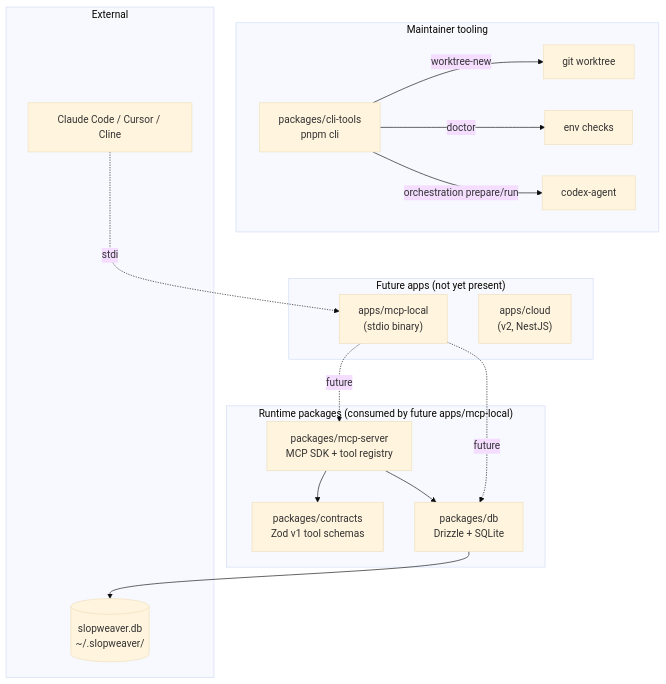
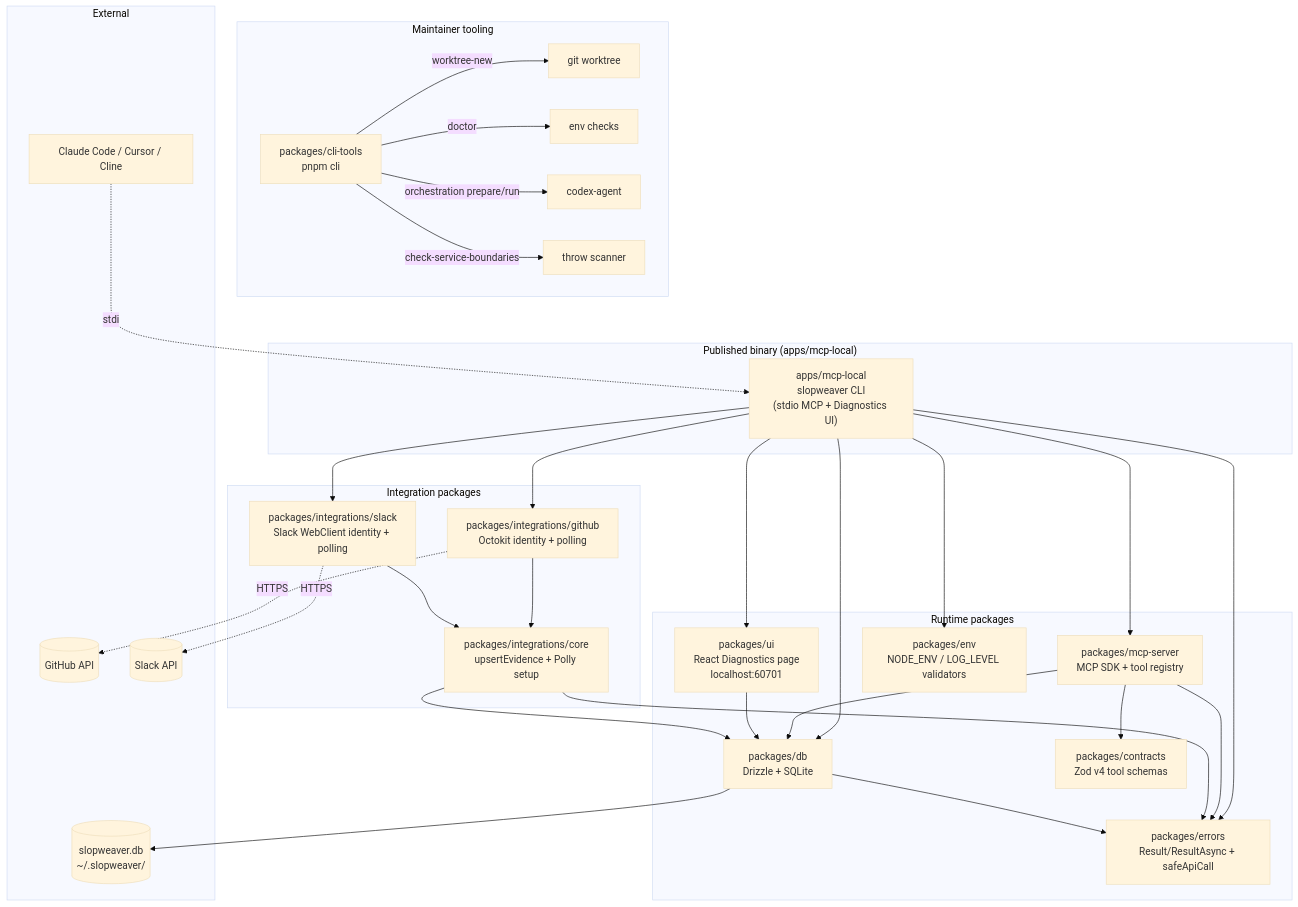
One commit to slopweaver/slopweaver changed the first of 5 diagrams in docs/CODEBASE_MAP.md. Above: the diagram before and after it, drawn with Mermaid (base theme). The commit also changed other lines of this file and 1 other file, not shown here.

````diff
--- a/docs/CODEBASE_MAP.md
+++ b/docs/CODEBASE_MAP.md
@@ -17,33 +17,62 @@
 ```mermaid
 graph TB
+    subgraph "Published binary (apps/mcp-local)"
+        APP["apps/mcp-local<br/>slopweaver CLI<br/>(stdio MCP + Diagnostics UI)"]
+    end
+
+    subgraph "Runtime packages"
+        SERVER["packages/mcp-server<br/>MCP SDK + tool registry"]
+        UI["packages/ui<br/>React Diagnostics page<br/>localhost:60701"]
+        DB["packages/db<br/>Drizzle + SQLite"]
+        ENV["packages/env<br/>NODE_ENV / LOG_LEVEL validators"]
+        CONTRACTS["packages/contracts<br/>Zod v4 tool schemas"]
+        ERRORS["packages/errors<br/>Result/ResultAsync + safeApiCall"]
+    end
+
+    subgraph "Integration packages"
+        ICORE["packages/integrations/core<br/>upsertEvidence + Polly setup"]
+        IGH["packages/integrations/github<br/>Octokit identity + polling"]
+        ISL["packages/integrations/slack<br/>Slack WebClient identity + polling"]
+    end
+
     subgraph "Maintainer tooling"
         CLI["packages/cli-tools<br/>pnpm cli"]
         CLI -->|worktree-new| GIT[git worktree]
-        CLI -->|doctor| ENV[env checks]
+        CLI -->|doctor| ENV_CHECKS[env checks]
         CLI -->|orchestration prepare/run| CODEX[codex-agent]
+        CLI -->|check-service-boundaries| SCAN[throw scanner]
     end
 
-    subgraph "Runtime packages (consumed by future apps/mcp-local)"
-        CONTRACTS["packages/contracts<br/>Zod v1 tool schemas"]
-        DB["packages/db<br/>Drizzle + SQLite"]
-        SERVER["packages/mcp-server<br/>MCP SDK + tool registry"]
+    APP --> SERVER
+    APP --> UI
+    APP --> DB
+    APP --> ENV
+    APP --> IGH
+    APP --> ISL
+    APP --> ERRORS
 
-        SERVER --> CONTRACTS
-        SERVER --> DB
-    end
+    SERVER --> CONTRACTS
+    SERVER --> DB
+    SERVER --> ERRORS
 
-    subgraph "Future apps (not yet present)"
-        LOCAL["apps/mcp-local<br/>(stdio binary)"]
-        CLOUD["apps/cloud<br/>(v2, NestJS)"]
-        LOCAL -.future.-> SERVER
-        LOCAL -.future.-> DB
-    end
+    UI --> DB
+
+    IGH --> ICORE
+    ISL --> ICORE
+    ICORE --> DB
+    ICORE --> ERRORS
+
+    DB --> ERRORS
 
     subgraph "External"
         MCP_CLIENT[Claude Code / Cursor / Cline]
         SQLITE[(slopweaver.db<br/>~/.slopweaver/)]
+        GH[(GitHub API)]
+        SLACK[(Slack API)]
 
-        MCP_CLIENT -.stdio.-> LOCAL
+        MCP_CLIENT -.stdio.-> APP
         DB --> SQLITE
+        IGH -.HTTPS.-> GH
+        ISL -.HTTPS.-> SLACK
     end
 ```
````
